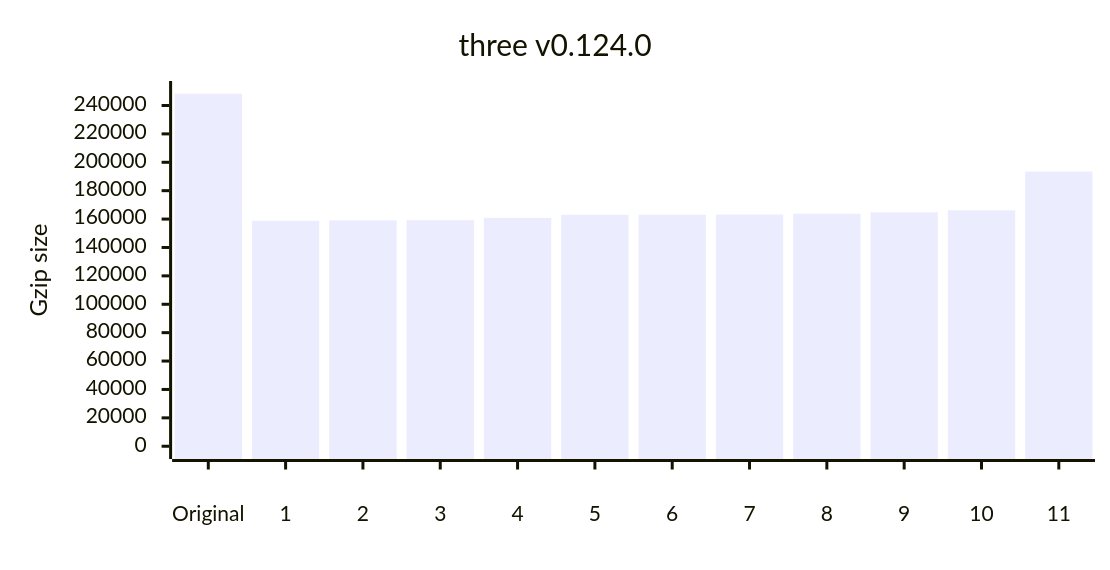
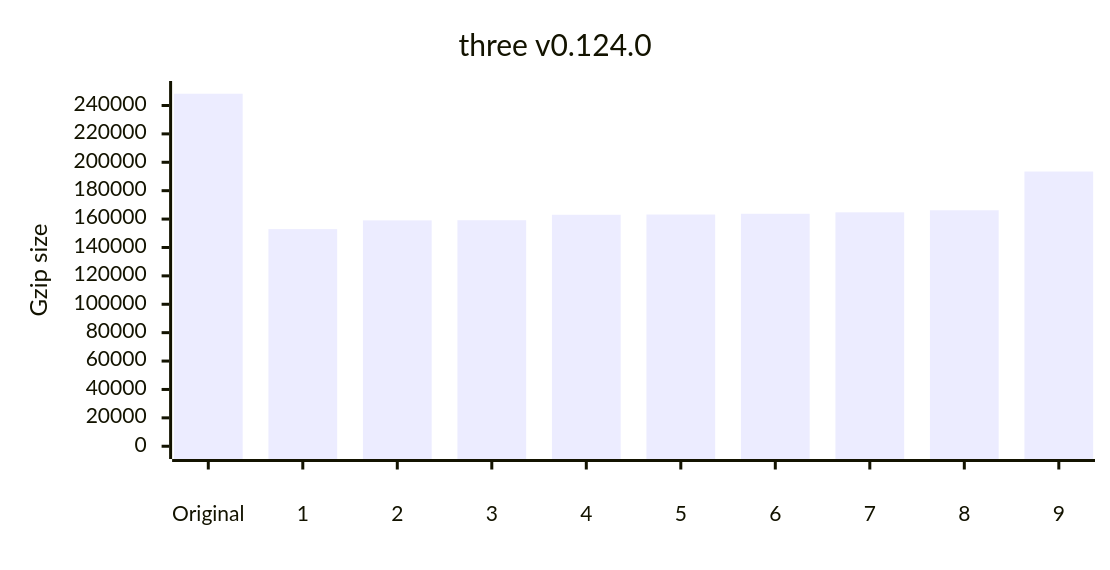
The eighth of 12 diagrams in README.md (privatenumber/minification-benchmarks), drawn with Mermaid before and after one commit. The commit also changed other lines of this file, not shown here.

````diff
--- a/README.md
+++ b/README.md
@@ -350,17 +371,17 @@
 ```mermaid
 ---
 config:
     xyChart:
         width: 720
         height: 360
         xAxis:
             labelPadding: 20
         yAxis:
             labelPadding: 10
 ---
 xychart-beta
 	title "three v0.124.0"
-	x-axis ["Original",1,2,3,4,5,6,7,8,9,10,11]
+	x-axis ["Original",1,2,3,4,5,6,7,8,9]
 	y-axis "Gzip size" 0 --> 248267
-	bar [248267,158751,159071,159198,160831,162998,163036,163198,163725,164737,166210,193471]
+	bar [248267,152926,159071,159198,163036,163198,163725,164737,166210,193471]
 ```
````
